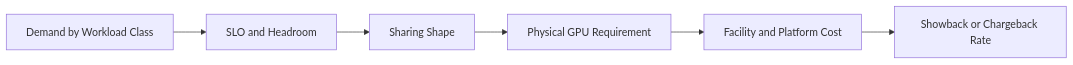
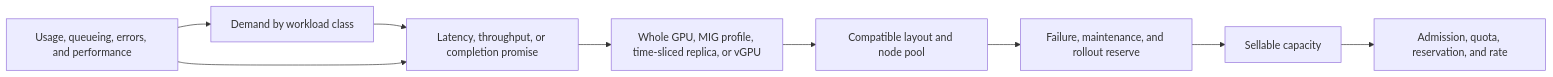
The first of 2 diagrams in docs/nvidia-zero-to-hero/volume-11/chapter-09-capacity-planning-and-chargeback.md (jithinpnjm/nvidia-devops), drawn with Mermaid before and after one commit. The commit also changed other lines of this file and 3 other files, not shown here.

````diff
--- a/docs/nvidia-zero-to-hero/volume-11/chapter-09-capacity-planning-and-chargeback.md
+++ b/docs/nvidia-zero-to-hero/volume-11/chapter-09-capacity-planning-and-chargeback.md
@@ -14,11 +32,11 @@
 ```mermaid
 flowchart LR
-    Demand[Demand by Workload Class]
-    SLO[SLO and Headroom]
-    Shape[Sharing Shape]
-    Physical[Physical GPU Requirement]
-    Cost[Facility and Platform Cost]
-    Rate[Showback or Chargeback Rate]
-
-    Demand --> SLO --> Shape --> Physical --> Cost --> Rate
+    Demand[Demand by workload class] --> Promise[Latency, throughput, or completion promise]
+    Promise --> Shape[Whole GPU, MIG profile, time-sliced replica, or vGPU]
+    Shape --> Placement[Compatible layout and node pool]
+    Placement --> Reserve[Failure, maintenance, and rollout reserve]
+    Reserve --> Sellable[Sellable capacity]
+    Sellable --> Policy[Admission, quota, reservation, and rate]
+    Telemetry[Usage, queueing, errors, and performance] --> Demand
+    Telemetry --> Promise
 ```
````
